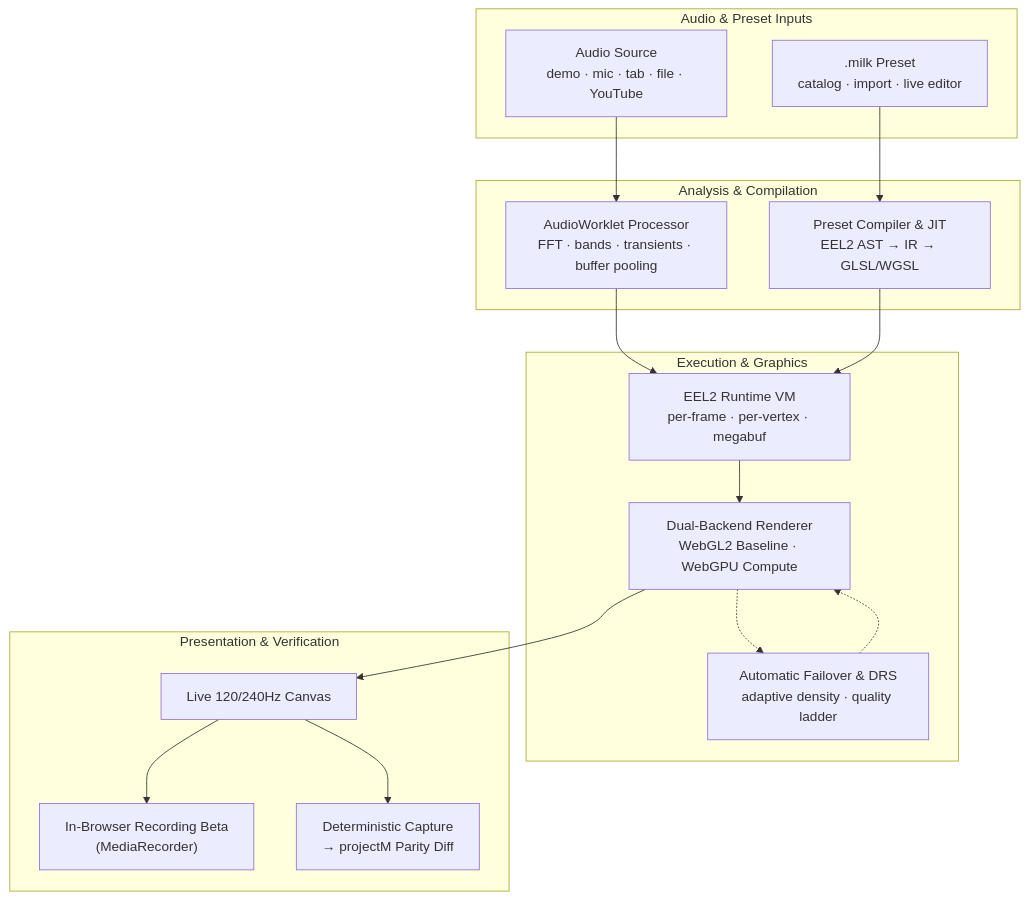
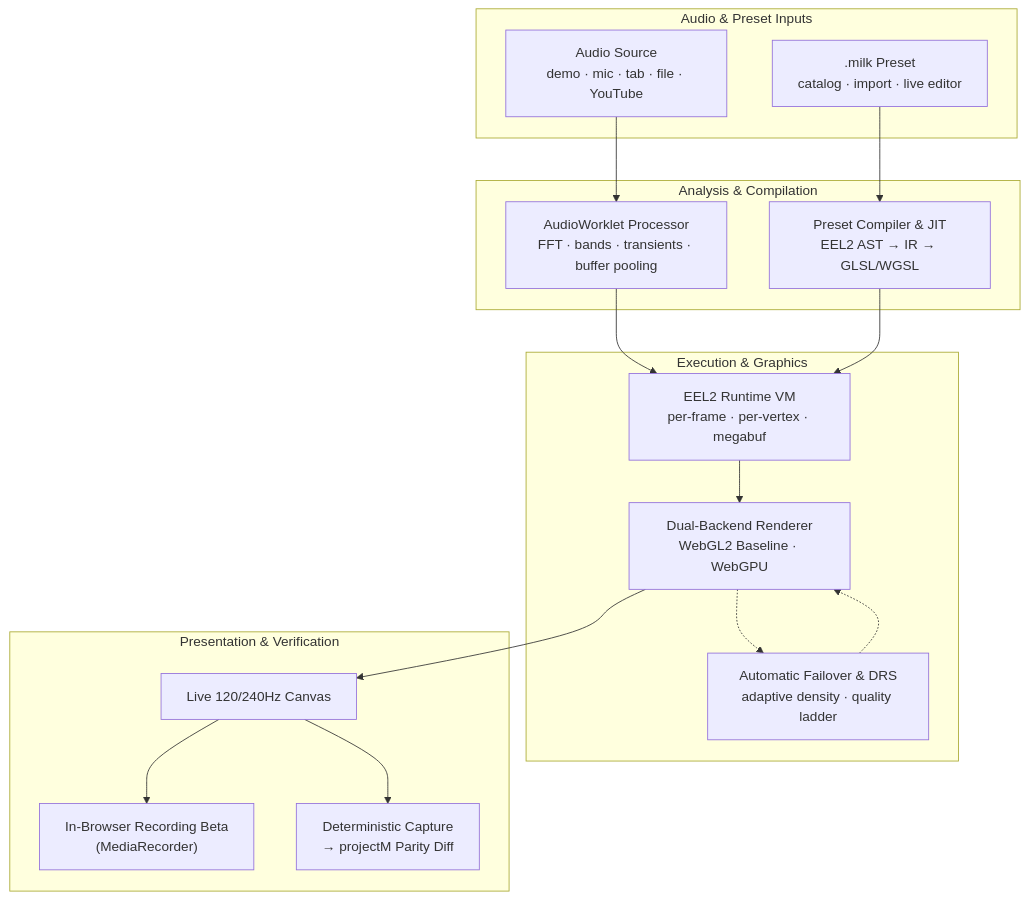
Before and after one commit to zz-plant/stims: the diagram in docs/TECHNICAL_ACHIEVEMENTS.md, drawn with Mermaid. The commit also changed other lines of this file and 23 other files, not shown here.

````diff
--- a/docs/TECHNICAL_ACHIEVEMENTS.md
+++ b/docs/TECHNICAL_ACHIEVEMENTS.md
@@ -9,34 +9,34 @@
 ```mermaid
 flowchart TB
   subgraph InputLayer ["Audio & Preset Inputs"]
     Audio["Audio Source<br/>demo · mic · tab · file · YouTube"]
     Milk[".milk Preset<br/>catalog · import · live editor"]
   end
 
   subgraph ProcessingLayer ["Analysis & Compilation"]
     Worklet["AudioWorklet Processor<br/>FFT · bands · transients · buffer pooling"]
     Compiler["Preset Compiler & JIT<br/>EEL2 AST → IR → GLSL/WGSL"]
   end
 
   subgraph RuntimeLayer ["Execution & Graphics"]
     VM["EEL2 Runtime VM<br/>per-frame · per-vertex · megabuf"]
-    Renderer["Dual-Backend Renderer<br/>WebGL2 Baseline · WebGPU Compute"]
+    Renderer["Dual-Backend Renderer<br/>WebGL2 Baseline · WebGPU"]
     Fallback["Automatic Failover & DRS<br/>adaptive density · quality ladder"]
   end
 
   subgraph OutputLayer ["Presentation & Verification"]
     Canvas["Live 120/240Hz Canvas"]
     Record["In-Browser Recording Beta<br/>(MediaRecorder)"]
     Diff["Deterministic Capture<br/>→ projectM Parity Diff"]
   end
 
   Audio --> Worklet
   Milk --> Compiler
   Worklet --> VM
   Compiler --> VM
   VM --> Renderer
   Renderer -.-> Fallback -.-> Renderer
   Renderer --> Canvas
   Canvas --> Record
   Canvas --> Diff
 ```
````
